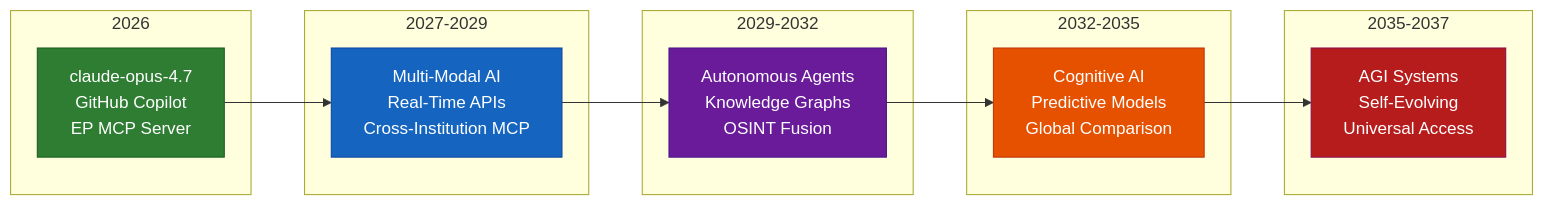
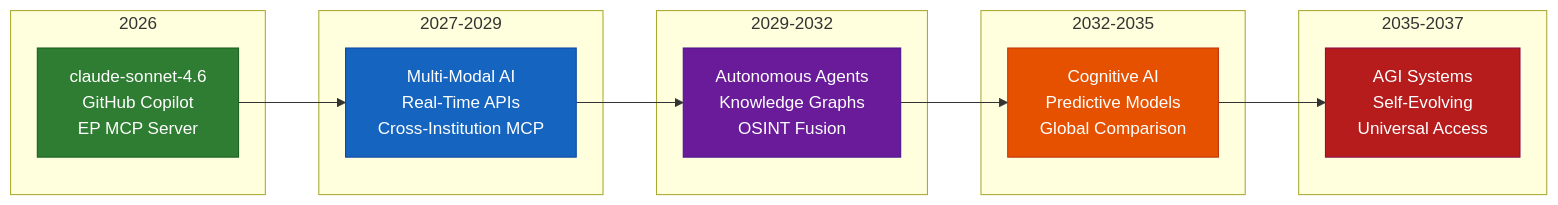
Before and after one commit to Hack23/euparliamentmonitor: diagram 11 of 11 in FUTURE_WORKFLOWS.md, drawn with Mermaid. The commit also changed other lines of this file and 49 other files, not shown here.

````diff
--- a/FUTURE_WORKFLOWS.md
+++ b/FUTURE_WORKFLOWS.md
@@ -1102,30 +1102,30 @@
 ```mermaid
 flowchart LR
     subgraph "2026"
-        T1["claude-opus-4.7<br/>GitHub Copilot<br/>EP MCP Server"]
+        T1["claude-sonnet-4.6<br/>GitHub Copilot<br/>EP MCP Server"]
     end
 
     subgraph "2027-2029"
         T2["Multi-Modal AI<br/>Real-Time APIs<br/>Cross-Institution MCP"]
     end
 
     subgraph "2029-2032"
         T3["Autonomous Agents<br/>Knowledge Graphs<br/>OSINT Fusion"]
     end
 
     subgraph "2032-2035"
         T4["Cognitive AI<br/>Predictive Models<br/>Global Comparison"]
     end
 
     subgraph "2035-2037"
         T5["AGI Systems<br/>Self-Evolving<br/>Universal Access"]
     end
 
     T1 --> T2 --> T3 --> T4 --> T5
 
     style T1 fill:#2E7D32,stroke:#1B5E20,color:#FFFFFF
     style T2 fill:#1565C0,stroke:#0D47A1,color:#FFFFFF
     style T3 fill:#6A1B9A,stroke:#4A148C,color:#FFFFFF
     style T4 fill:#E65100,stroke:#BF360C,color:#FFFFFF
     style T5 fill:#B71C1C,stroke:#880E4F,color:#FFFFFF
 ```
````
